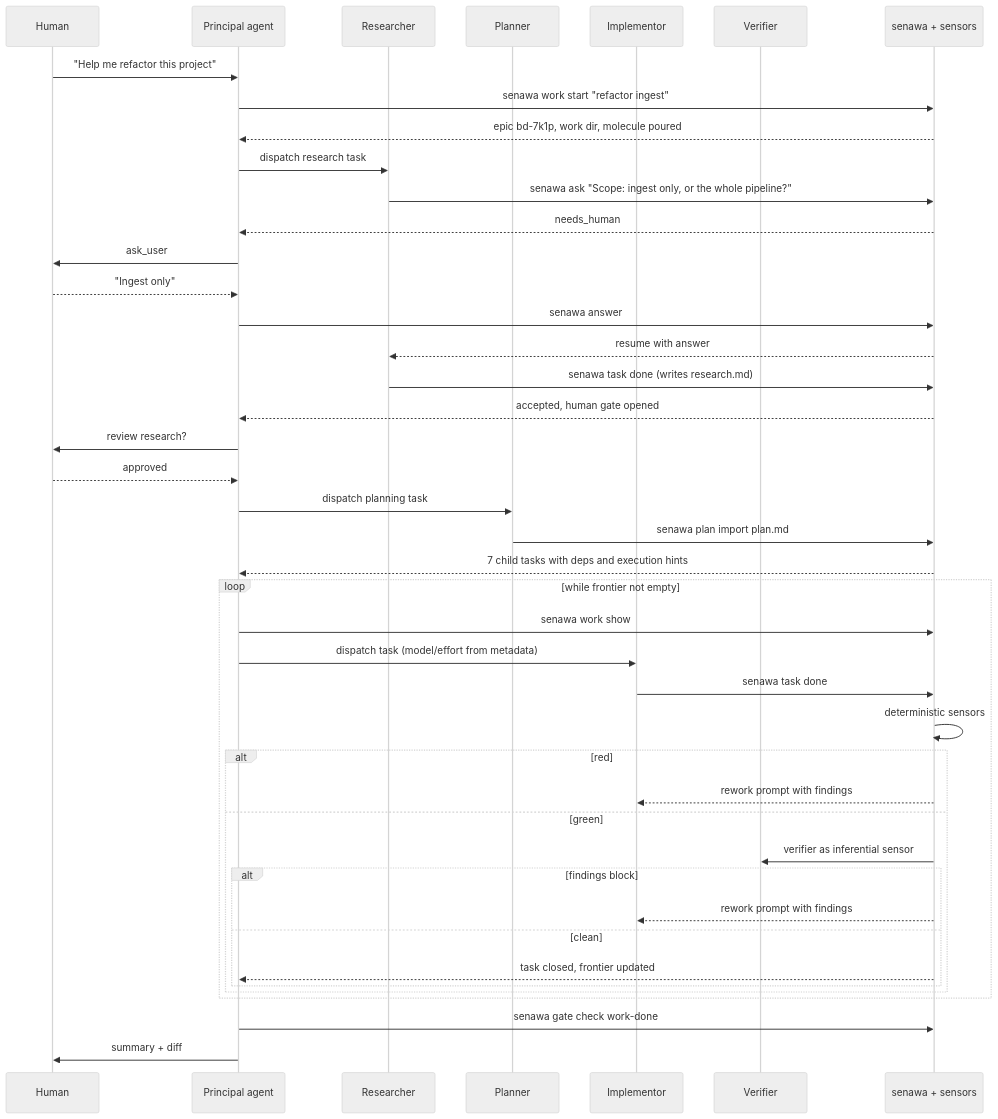
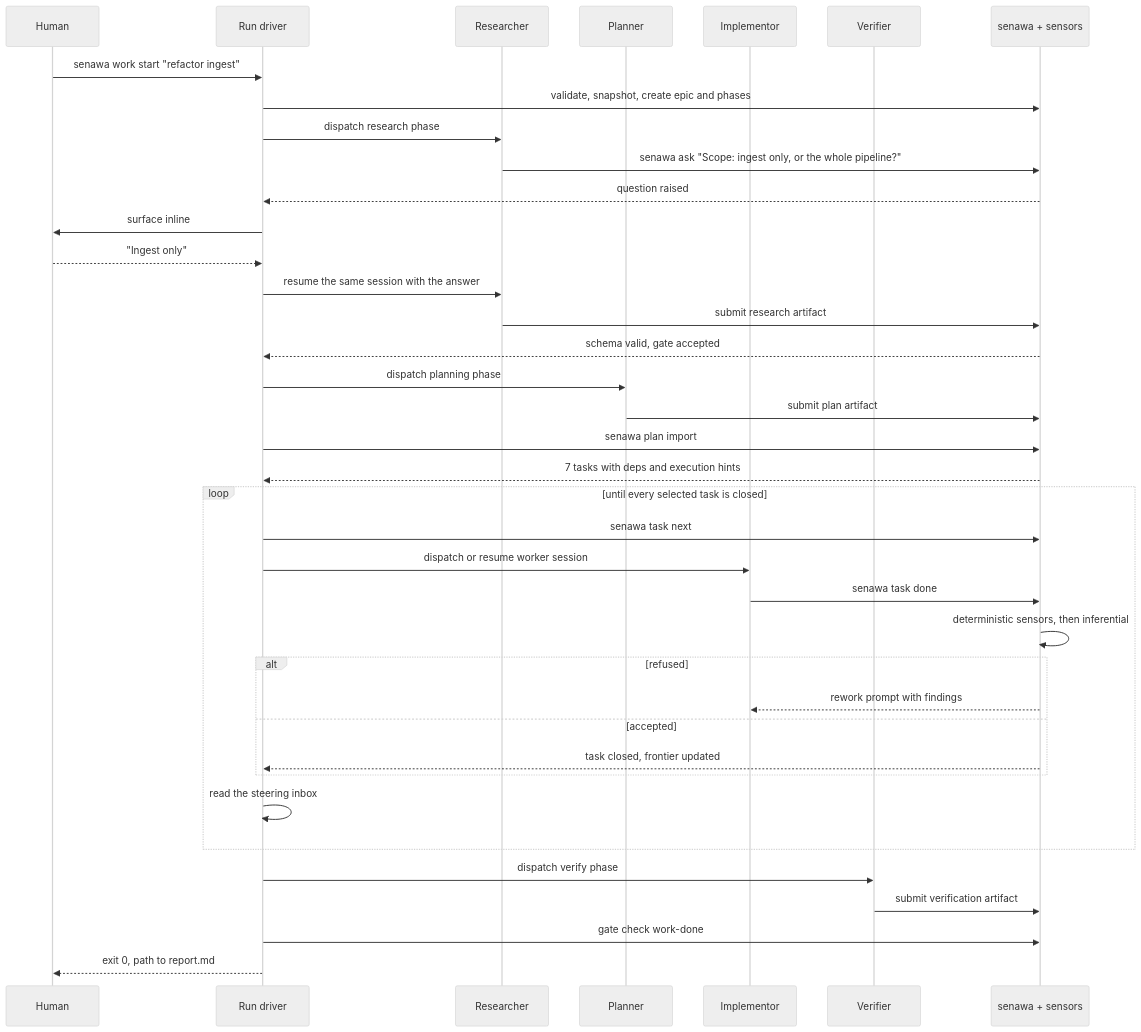
One commit to dasiths/senawa changed the fourth of 4 diagrams in docs/design/multi-agent-orchestration.md. Above: the diagram before and after it, drawn with Mermaid (neutral theme). The commit also changed other lines of this file and 10 other files, not shown here.

First line of the commit message:
feat: make senawa a blocking driver with re-enterable phases

````diff
--- a/docs/design/multi-agent-orchestration.md
+++ b/docs/design/multi-agent-orchestration.md
@@ -1082,46 +1634,41 @@
 ```mermaid
 sequenceDiagram
     participant H as Human
-    participant PA as Principal agent
+    participant D as Run driver
     participant R as Researcher
     participant P as Planner
     participant I as Implementor
     participant V as Verifier
     participant S as senawa + sensors
 
-    H->>PA: "Help me refactor this project"
-    PA->>S: senawa work start "refactor ingest"
-    S-->>PA: epic bd-7k1p, work dir, molecule poured
-    PA->>R: dispatch research task
+    H->>D: senawa work start "refactor ingest"
+    D->>S: validate, snapshot, create epic and phases
+    D->>R: dispatch research phase
     R->>S: senawa ask "Scope: ingest only, or the whole pipeline?"
-    S-->>PA: needs_human
-    PA->>H: ask_user
-    H-->>PA: "Ingest only"
-    PA->>S: senawa answer
-    S-->>R: resume with answer
-    R->>S: senawa task done (writes research.md)
-    S-->>PA: accepted, human gate opened
-    PA->>H: review research?
-    H-->>PA: approved
-    PA->>P: dispatch planning task
-    P->>S: senawa plan import plan.md
-    S-->>PA: 7 child tasks with deps and execution hints
-    loop while frontier not empty
-        PA->>S: senawa work show
-        PA->>I: dispatch task (model/effort from metadata)
+    S-->>D: question raised
+    D->>H: surface inline
+    H-->>D: "Ingest only"
+    D->>R: resume the same session with the answer
+    R->>S: submit research artifact
+    S-->>D: schema valid, gate accepted
+    D->>P: dispatch planning phase
+    P->>S: submit plan artifact
+    D->>S: senawa plan import
+    S-->>D: 7 tasks with deps and execution hints
+    loop until every selected task is closed
+        D->>S: senawa task next
+        D->>I: dispatch or resume worker session
         I->>S: senawa task done
-        S->>S: deterministic sensors
-        alt red
+        S->>S: deterministic sensors, then inferential
+        alt refused
             S-->>I: rework prompt with findings
-        else green
-            S->>V: verifier as inferential sensor
-            alt findings block
-                S-->>I: rework prompt with findings
-            else clean
-                S-->>PA: task closed, frontier updated
-            end
+        else accepted
+            S-->>D: task closed, frontier updated
         end
+        D->>D: read the steering inbox
     end
-    PA->>S: senawa gate check work-done
-    PA->>H: summary + diff
+    D->>V: dispatch verify phase
+    V->>S: submit verification artifact
+    D->>S: gate check work-done
+    D-->>H: exit 0, path to report.md
 ```
````
